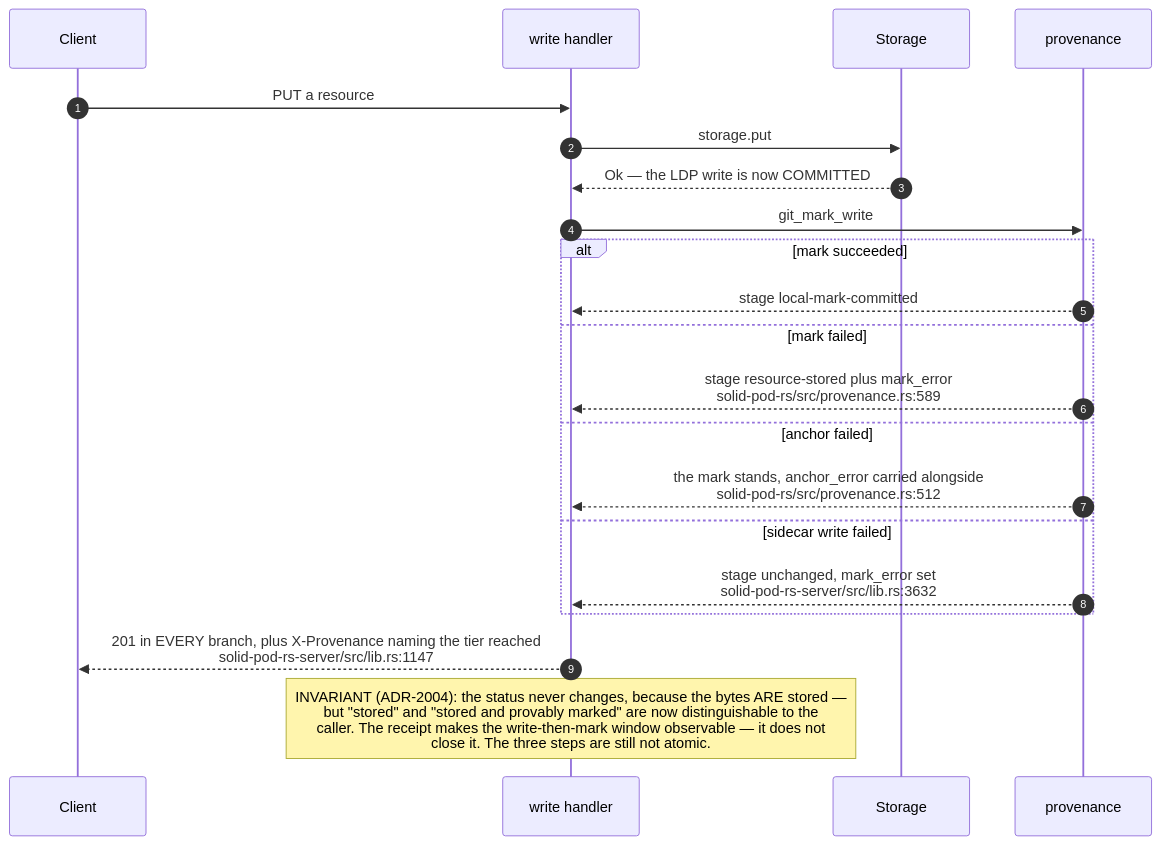
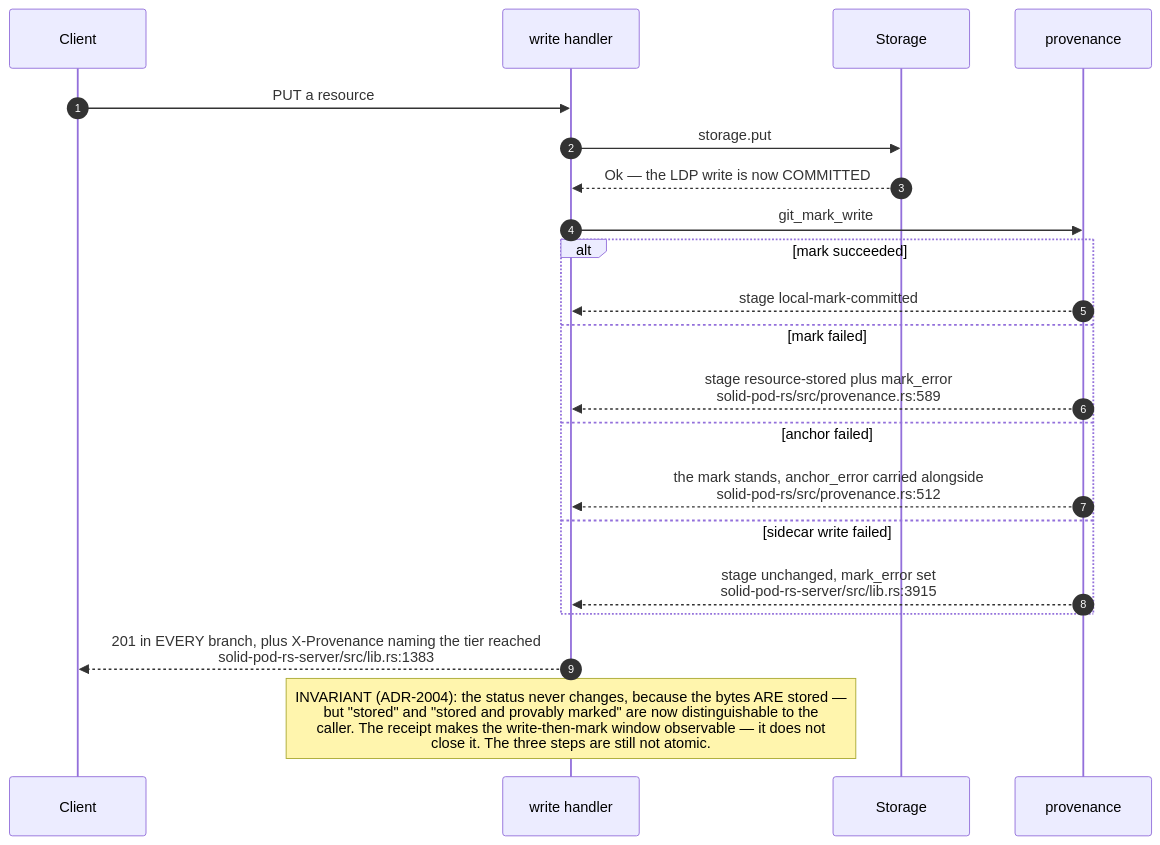
One commit to DreamLab-AI/VisionFlow changed the third of 12 diagrams in docs/diagrams/solid-pod-rs/10-failure-modes-and-invariants.md. Above: the diagram before and after it, drawn with Mermaid. The commit also changed other lines of this file and 160 other files, not shown here.

````diff
--- a/docs/diagrams/solid-pod-rs/10-failure-modes-and-invariants.md
+++ b/docs/diagrams/solid-pod-rs/10-failure-modes-and-invariants.md
@@ -94,25 +96,25 @@
 ```mermaid
 sequenceDiagram
     autonumber
     participant C as Client
     participant H as write handler
     participant S as Storage
     participant P as provenance
 
     C->>H: PUT a resource
     H->>S: storage.put
     S-->>H: Ok — the LDP write is now COMMITTED
     H->>P: git_mark_write
     alt mark succeeded
         P-->>H: stage local-mark-committed
     else mark failed
         P-->>H: stage resource-stored plus mark_error<br/>solid-pod-rs/src/provenance.rs:589
     else anchor failed
         P-->>H: the mark stands, anchor_error carried alongside<br/>solid-pod-rs/src/provenance.rs:512
     else sidecar write failed
-        P-->>H: stage unchanged, mark_error set<br/>solid-pod-rs-server/src/lib.rs:3632
+        P-->>H: stage unchanged, mark_error set<br/>solid-pod-rs-server/src/lib.rs:3915
     end
-    H-->>C: 201 in EVERY branch, plus X-Provenance naming the tier reached<br/>solid-pod-rs-server/src/lib.rs:1147
+    H-->>C: 201 in EVERY branch, plus X-Provenance naming the tier reached<br/>solid-pod-rs-server/src/lib.rs:1383
 
     Note over H: INVARIANT (ADR-2004): the status never changes, because the bytes ARE stored —<br/>but "stored" and "stored and provably marked" are now distinguishable to the<br/>caller. The receipt makes the write-then-mark window observable — it does not<br/>close it. The three steps are still not atomic.
 ```
````
